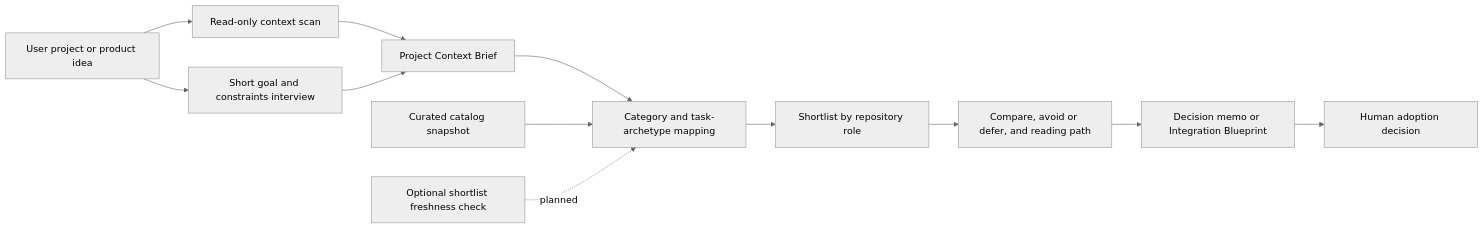
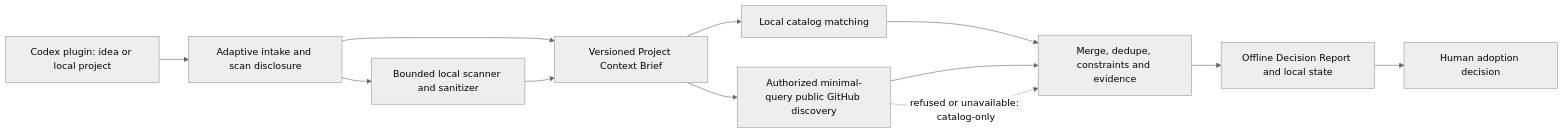
The diagram in README.md (alexroadcaster/myAI-StackGuide), drawn with Mermaid (neutral theme) before and after one commit. The commit also changed other lines of this file and 9 other files, not shown here.

````diff
--- a/README.md
+++ b/README.md
@@ -62,14 +62,14 @@
 ```mermaid
 flowchart LR
-    A[User project or product idea] --> B[Read-only context scan]
-    A --> C[Short goal and constraints interview]
-    B --> D[Project Context Brief]
+    A[Codex plugin: idea or local project] --> B[Adaptive intake and scan disclosure]
+    B --> C[Bounded local scanner and sanitizer]
+    B --> D[Versioned Project Context Brief]
     C --> D
-    D --> E[Category and task-archetype mapping]
-    F[Curated catalog snapshot] --> E
-    G[Optional shortlist freshness check] -. planned .-> E
-    E --> H[Shortlist by repository role]
-    H --> I[Compare, avoid or defer, and reading path]
-    I --> J[Decision memo or Integration Blueprint]
-    J --> K[Human adoption decision]
+    D --> E[Local catalog matching]
+    D --> F[Authorized minimal-query public GitHub discovery]
+    E --> G[Merge, dedupe, constraints and evidence]
+    F --> G
+    F -. refused or unavailable: catalog-only .-> G
+    G --> H[Offline Decision Report and local state]
+    H --> I[Human adoption decision]
 ```
````
